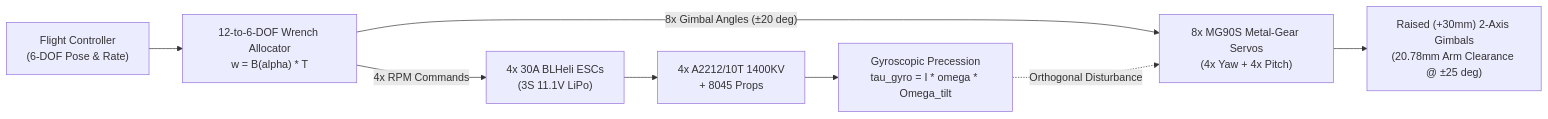
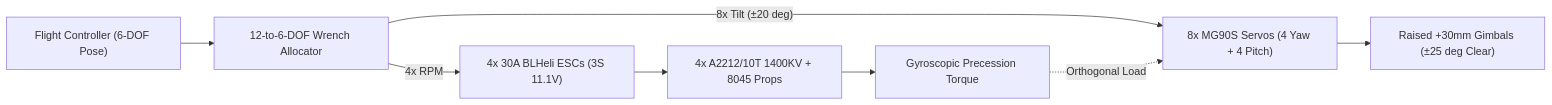
One commit to Davood121/Davood121-Black-Panther-Quad-EDF-VTOL changed the first of 2 diagrams in README.md. Above: the diagram before and after it, drawn with Mermaid. The commit also changed other lines of this file, not shown here.

Commit message:
Fix GitHub Mermaid syntax and table math formatting in README.md

````diff
--- a/README.md
+++ b/README.md
@@ -29,10 +29,10 @@
 ```mermaid
 flowchart LR
-    FC["Flight Controller<br/>(6-DOF Pose & Rate)"] --> ALLOC["12-to-6-DOF Wrench Allocator<br/>w = B(alpha) * T"]
-    ALLOC -->|"4x RPM Commands"| ESC["4x 30A BLHeli ESCs<br/>(3S 11.1V LiPo)"]
-    ALLOC -->|"8x Gimbal Angles (±20 deg)"| SERVO["8x MG90S Metal-Gear Servos<br/>(4x Yaw + 4x Pitch)"]
-    ESC --> MOTOR["4x A2212/10T 1400KV<br/>+ 8045 Props"]
-    SERVO --> GIMBAL["Raised (+30mm) 2-Axis Gimbals<br/>(20.78mm Arm Clearance @ ±25 deg)"]
-    MOTOR --> GYRO["Gyroscopic Precession<br/>tau_gyro = I * omega * Omega_tilt"]
-    GYRO -.->|"Orthogonal Disturbance"| SERVO
+    FC["Flight Controller (6-DOF Pose)"] --> ALLOC["12-to-6-DOF Wrench Allocator"]
+    ALLOC -->|"4x RPM"| ESC["4x 30A BLHeli ESCs (3S 11.1V)"]
+    ALLOC -->|"8x Tilt (±20 deg)"| SERVO["8x MG90S Servos (4 Yaw + 4 Pitch)"]
+    ESC --> MOTOR["4x A2212/10T 1400KV + 8045 Props"]
+    SERVO --> GIMBAL["Raised +30mm Gimbals (±25 deg Clear)"]
+    MOTOR --> GYRO["Gyroscopic Precession Torque"]
+    GYRO -.->|"Orthogonal Load"| SERVO
 ```
````
